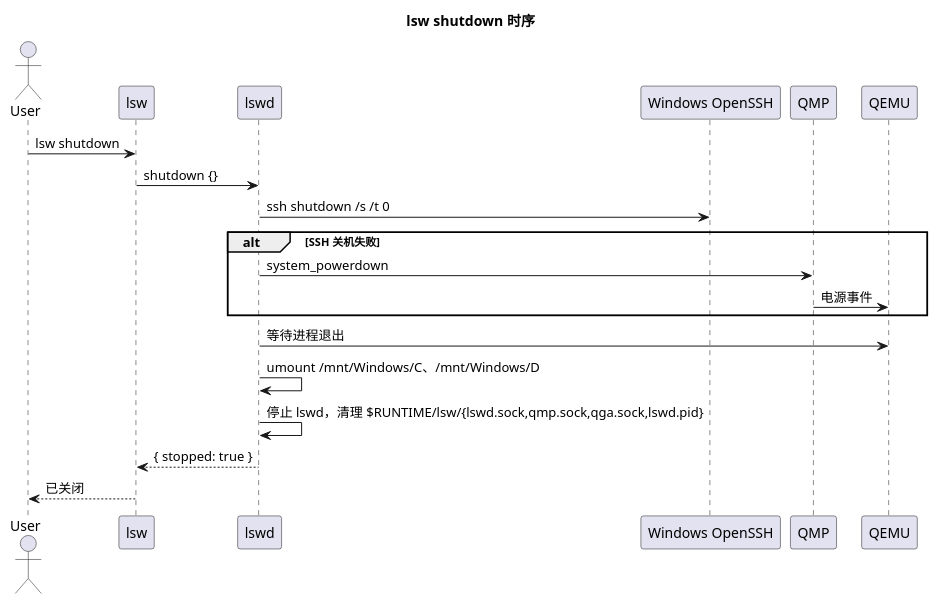
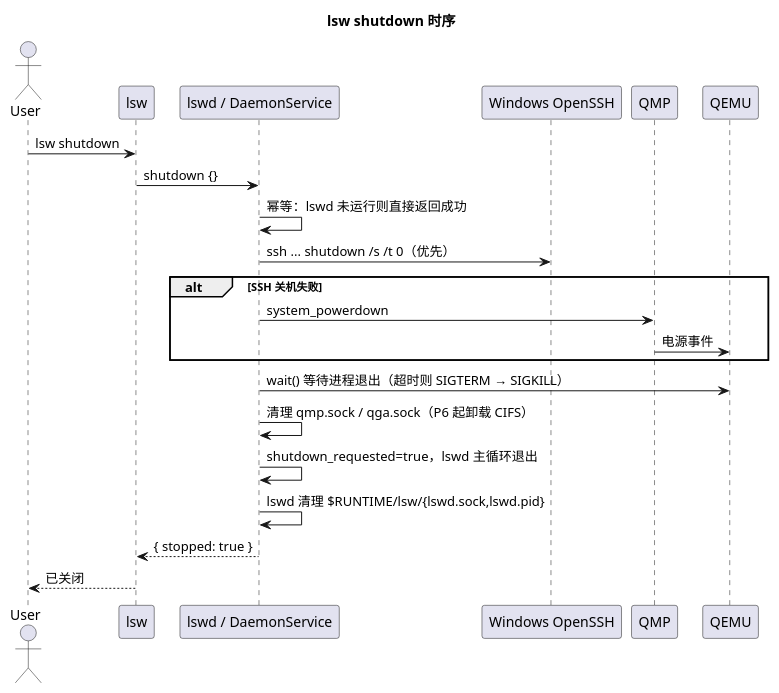
The diagram in docs/diagrams/sequence-shutdown.puml (yunzheyue-star/lsw), drawn with PlantUML before and after one commit. The commit also changed 66 other files, not shown here.

```diff
--- a/docs/diagrams/sequence-shutdown.puml
+++ b/docs/diagrams/sequence-shutdown.puml
@@ -1,22 +1,24 @@
 @startuml
 title lsw shutdown 时序
 actor User
 participant "lsw" as CLI
-participant "lswd" as Daemon
+participant "lswd / DaemonService" as Daemon
 participant "Windows OpenSSH" as WinSSH
 participant "QMP" as QMP
 participant "QEMU" as QEMU
 
 User -> CLI : lsw shutdown
 CLI -> Daemon : shutdown {}
-Daemon -> WinSSH : ssh shutdown /s /t 0
+Daemon -> Daemon : 幂等：lswd 未运行则直接返回成功
+Daemon -> WinSSH : ssh ... shutdown /s /t 0（优先）
 alt SSH 关机失败
   Daemon -> QMP : system_powerdown
   QMP -> QEMU : 电源事件
 end
-Daemon -> QEMU : 等待进程退出
-Daemon -> Daemon : umount /mnt/Windows/C、/mnt/Windows/D
-Daemon -> Daemon : 停止 lswd，清理 $RUNTIME/lsw/{lswd.sock,qmp.sock,qga.sock,lswd.pid}
+Daemon -> QEMU : wait() 等待进程退出（超时则 SIGTERM → SIGKILL）
+Daemon -> Daemon : 清理 qmp.sock / qga.sock（P6 起卸载 CIFS）
+Daemon -> Daemon : shutdown_requested=true，lswd 主循环退出
+Daemon -> Daemon : lswd 清理 $RUNTIME/lsw/{lswd.sock,lswd.pid}
 Daemon --> CLI : { stopped: true }
 CLI --> User : 已关闭
 @enduml
```
